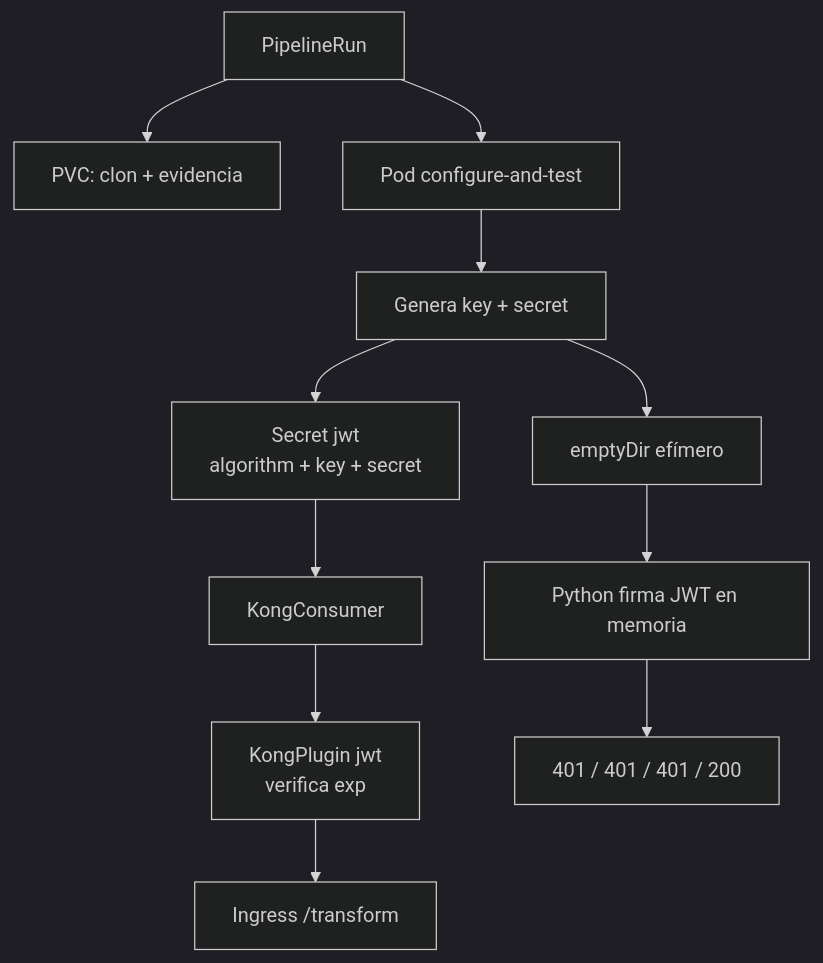
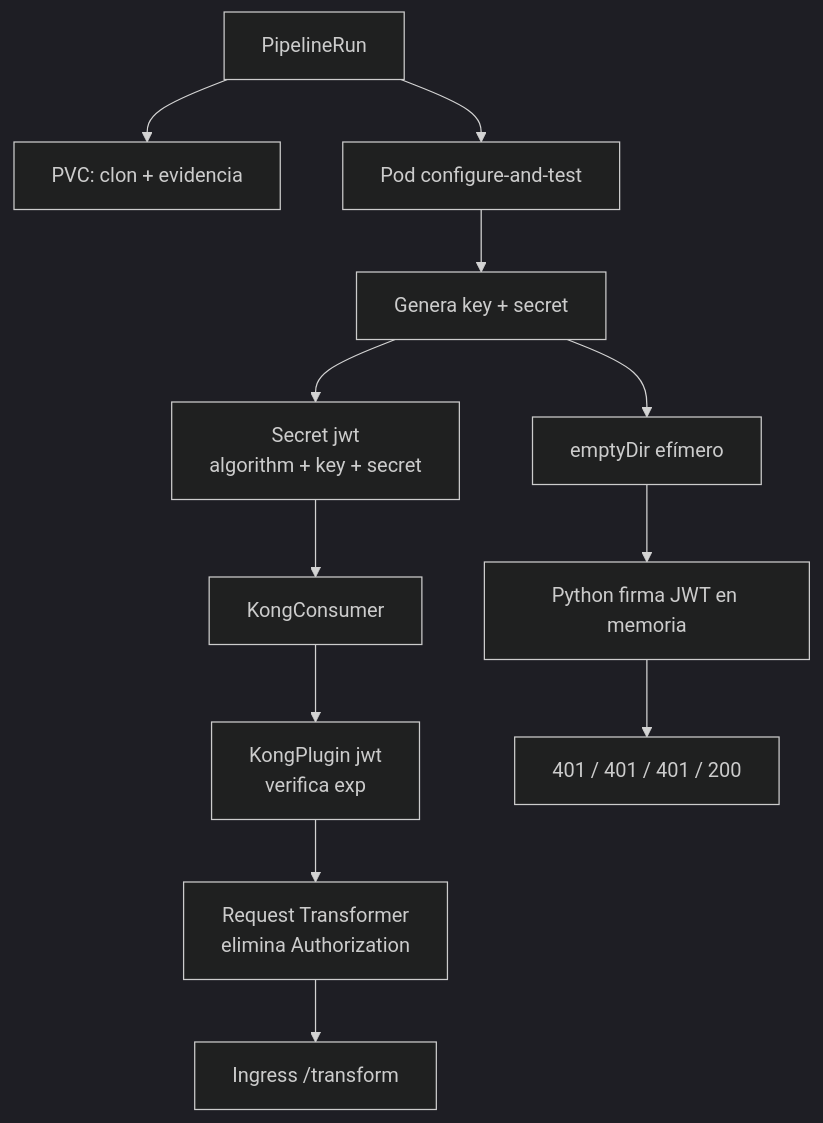
The second of 2 diagrams in docs/diagrams/jwt.md (rubenito77/kong-community-crc-lab), drawn with Mermaid (dark theme) before and after one commit. The commit also changed other lines of this file, not shown here.

Commit message:
fix(jwt): strip Authorization before upstream

````diff
--- a/docs/diagrams/jwt.md
+++ b/docs/diagrams/jwt.md
@@ -15,13 +16,14 @@
 ```mermaid
 flowchart TD
   PR[PipelineRun] --> PVC[PVC: clon + evidencia]
   PR --> POD[Pod configure-and-test]
   POD --> GEN[Genera key + secret]
   GEN --> ED[emptyDir efímero]
   GEN --> SEC[Secret jwt<br/>algorithm + key + secret]
   SEC --> CON[KongConsumer]
   CON --> PL[KongPlugin jwt<br/>verifica exp]
-  PL --> ING[Ingress /transform]
+  PL --> RT[Request Transformer<br/>elimina Authorization]
+  RT --> ING[Ingress /transform]
   ED --> PY[Python firma JWT en memoria]
   PY --> CASES[401 / 401 / 401 / 200]
 ```
````
